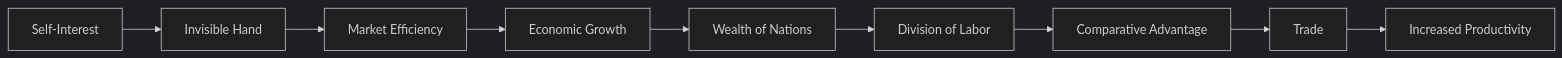
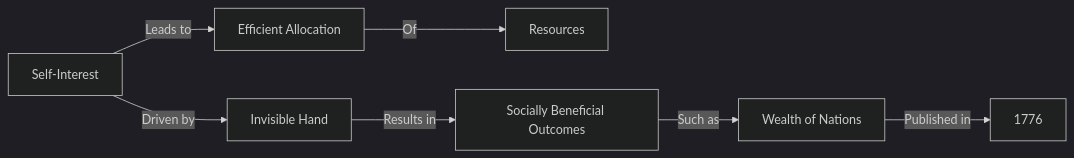
One commit to DagimAlemayehuu/Ater changed the diagram in Obsidian_Vault/2-Academic/Winter 2026/Economics/1_Basics_Of_Economics/Adam_Smith.md. Above: the diagram before and after it, drawn with Mermaid (dark theme). The commit also changed other lines of this file and 71 other files, not shown here.

````diff
--- a/Obsidian_Vault/2-Academic/Winter 2026/Economics/1_Basics_Of_Economics/Adam_Smith.md
+++ b/Obsidian_Vault/2-Academic/Winter 2026/Economics/1_Basics_Of_Economics/Adam_Smith.md
@@ -51,13 +47,11 @@
 ```mermaid
 
 graph LR
-    A[Self-Interest] --> B[Invisible Hand]
-    B --> C[Market Efficiency]
-    C --> D[Economic Growth]
-    D --> E[Wealth of Nations]
-    E --> F[Division of Labor]
-    F --> G[Comparative Advantage]
-    G --> H[Trade]
-    H --> I[Increased Productivity]
+    A[Self-Interest] -->|Leads to| B[Efficient Allocation]
+    B -->|Of| C[Resources]
+    A -->|Driven by| D[Invisible Hand]
+    D -->|Results in| E[Socially Beneficial Outcomes]
+    E -->|Such as| F[Wealth of Nations]
+    F -->|Published in| G[1776]
 
 ```
````
